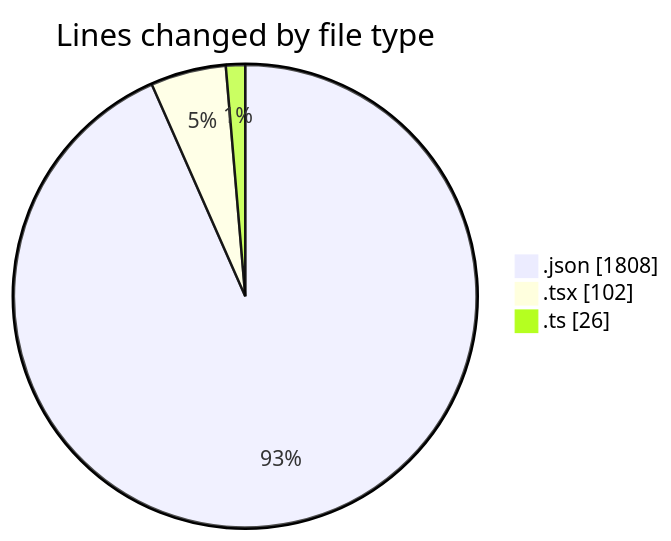
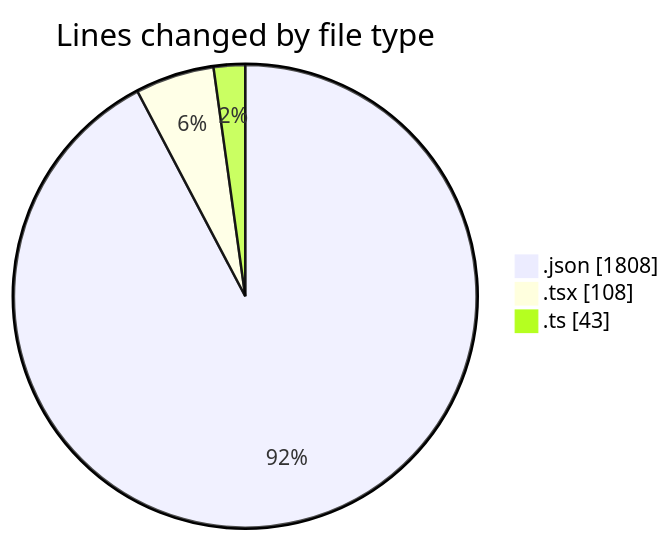
Before and after one commit to julien-gomy/code-tracking: the first of 2 diagrams in 2025-11-19/eventscop-frontend-guide__workspace_/README.md, drawn with Mermaid. The commit also changed other lines of this file and 1 other file, not shown here.

````diff
--- a/2025-11-19/eventscop-frontend-guide__workspace_/README.md
+++ b/2025-11-19/eventscop-frontend-guide__workspace_/README.md
@@ -30,7 +30,7 @@
 ```mermaid
 pie showData
 title Lines changed by file type
 ".json" : 1808
-".tsx" : 102
-".ts" : 26
+".tsx" : 108
+".ts" : 43
 ```
````
